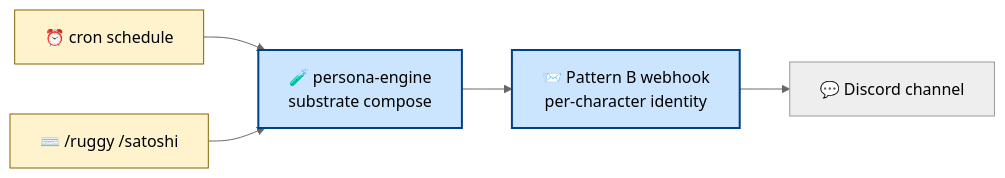
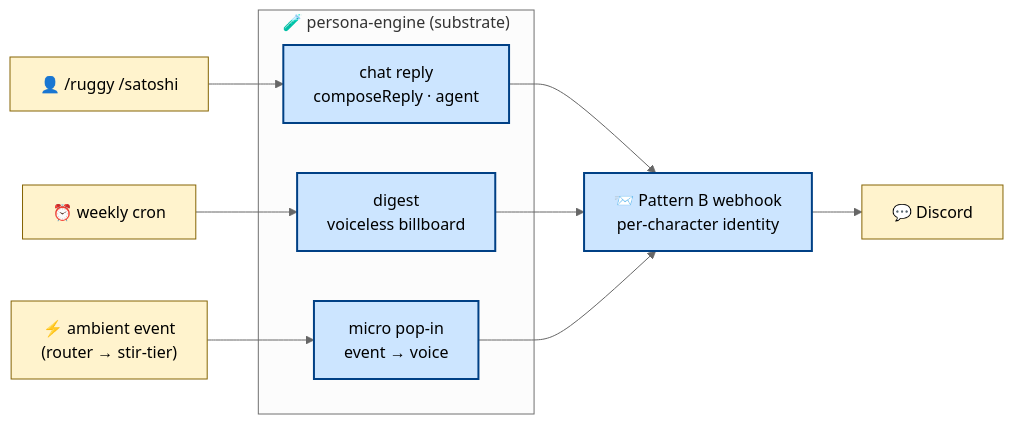
Before and after one commit to 0xHoneyJar/freeside-characters: the first of 2 diagrams in README.md, drawn with Mermaid (neutral theme). The commit also changed other lines of this file, not shown here.

First line of the commit message:
docs(readme): rewrite around the three-surface model + current architecture

````diff
--- a/README.md
+++ b/README.md
@@ -20,12 +40,22 @@
 ```mermaid
 flowchart LR
-  cron["⏰ cron schedule"] --> compose
-  slash["⌨️ /ruggy /satoshi"] --> compose
-  compose["🧪 persona-engine<br/>substrate compose"] --> deliver
-  deliver["📨 Pattern B webhook<br/>per-character identity"] --> discord["💬 Discord channel"]
+  user["👤 /ruggy /satoshi"] --> chat
+  cron["⏰ weekly cron"] --> billboard
+  event["⚡ ambient event<br/>(router → stir-tier)"] --> micro
+
+  subgraph substrate["🧪 persona-engine (substrate)"]
+    chat["chat reply<br/>composeReply · agent"]
+    billboard["digest<br/>voiceless billboard"]
+    micro["micro pop-in<br/>event → voice"]
+  end
+
+  chat --> deliver
+  billboard --> deliver
+  micro --> deliver
+  deliver["📨 Pattern B webhook<br/>per-character identity"] --> discord["💬 Discord"]
 
   classDef sub fill:#cce5ff,stroke:#004085,stroke-width:2px
   classDef io fill:#fff3cd,stroke:#856404
-  class compose,deliver sub
-  class cron,slash io
+  class chat,billboard,micro,deliver sub
+  class user,cron,event,discord io
 ```
````
